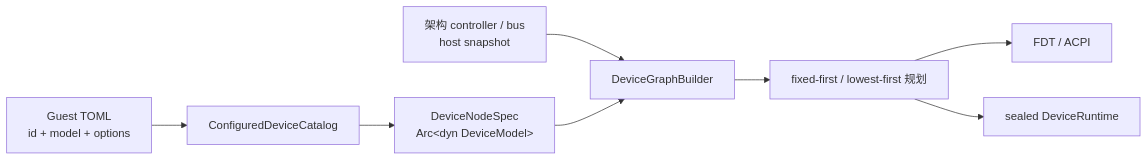
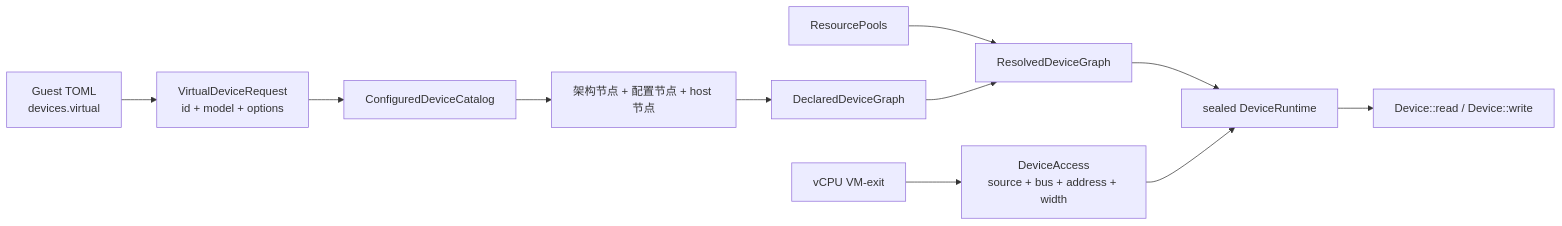
One commit to qcl-kernel/tgoskits-liangce changed the second of 5 diagrams in 阶段性验收/02-源码快照/tgoskits/docs/docs/architecture/axvisor/emulated-devices.md. Above: the diagram before and after it, drawn with Mermaid. The commit also changed other lines of this file and 1376 other files, not shown here.

````diff
--- a/阶段性验收/02-源码快照/tgoskits/docs/docs/architecture/axvisor/emulated-devices.md
+++ b/阶段性验收/02-源码快照/tgoskits/docs/docs/architecture/axvisor/emulated-devices.md
@@ -7,10 +110,20 @@
 ```mermaid
 flowchart LR
-    T["Guest TOML<br/>id + model + options"] --> C["ConfiguredDeviceCatalog"]
-    C --> N["DeviceNodeSpec<br/>Arc&lt;dyn DeviceModel&gt;"]
-    A["架构 controller / bus<br/>host snapshot"] --> G["DeviceGraphBuilder"]
-    N --> G
-    G --> P["fixed-first / lowest-first 规划"]
-    P --> F["FDT / ACPI"]
-    P --> R["sealed DeviceRuntime"]
+    Toml["Guest TOML<br/>devices.virtual"]
+    Request["VirtualDeviceRequest<br/>id + model + options"]
+    Catalog["ConfiguredDeviceCatalog"]
+    Nodes["架构节点 + 配置节点 + host 节点"]
+    Graph["DeclaredDeviceGraph"]
+    Pools["ResourcePools"]
+    Resolved["ResolvedDeviceGraph"]
+    Runtime["sealed DeviceRuntime"]
+    Exit["vCPU VM-exit"]
+    Access["DeviceAccess<br/>source + bus + address + width"]
+    Device["Device::read / Device::write"]
+
+    Toml --> Request --> Catalog --> Nodes
+    Nodes --> Graph
+    Pools --> Resolved
+    Graph --> Resolved --> Runtime
+    Exit --> Access --> Runtime --> Device
 ```
````
